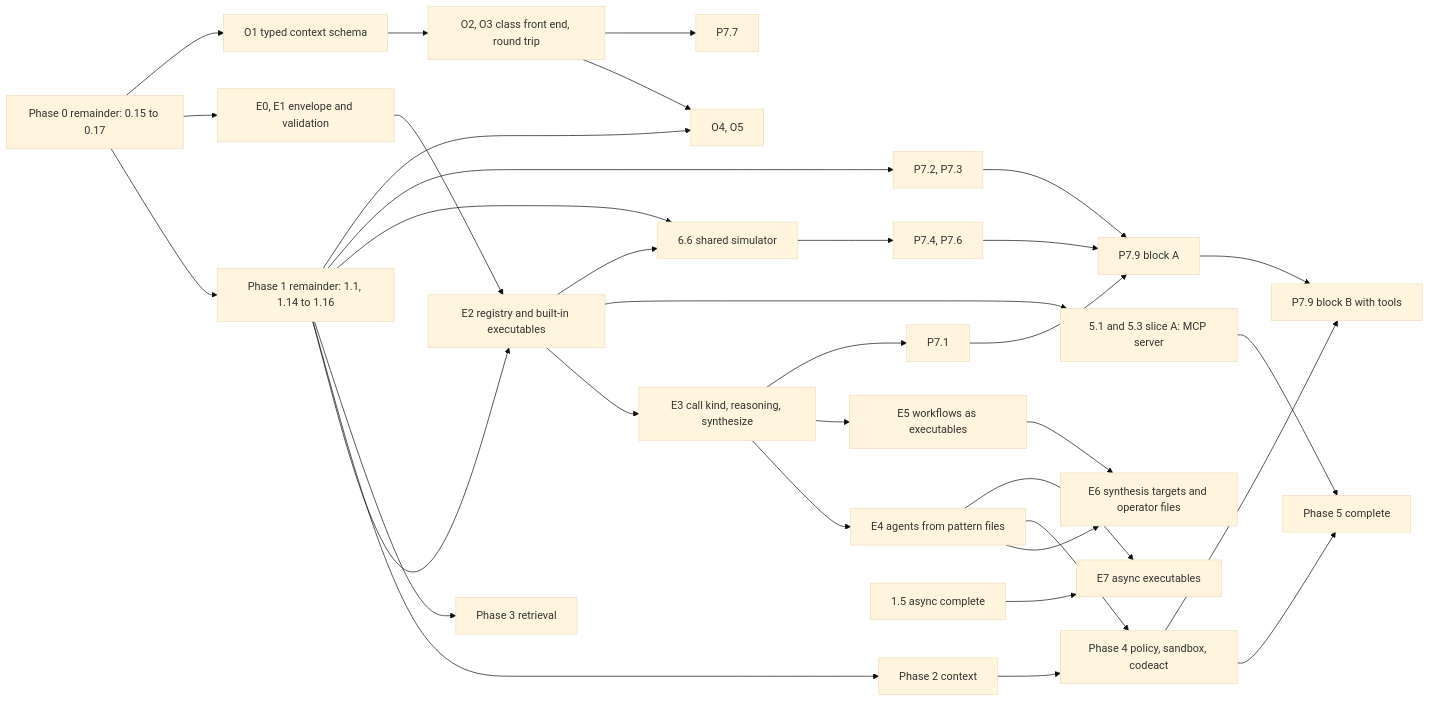
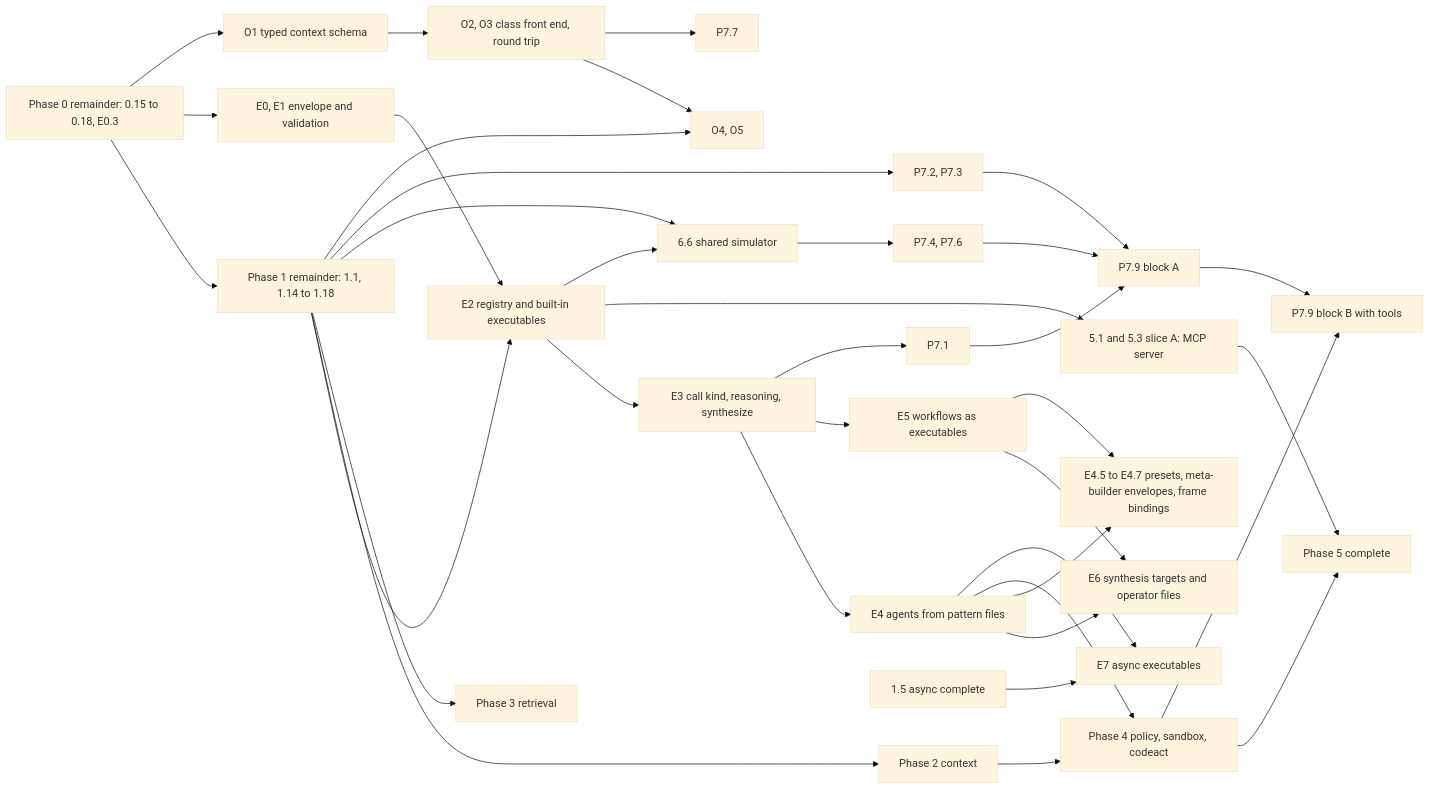
Before and after one commit to NikolasMarkou/fsm_llm: the diagram in docs/2026_roadmap.md, drawn with Mermaid (base theme). The commit also changed other lines of this file, not shown here.

Commit message:
docs: the 2026 roadmap is updated by the owner and stays the north star

````diff
--- a/docs/2026_roadmap.md
+++ b/docs/2026_roadmap.md
@@ -1052,36 +1109,38 @@
 ```mermaid
 flowchart LR
-  P0[Phase 0 remainder: 0.15 to 0.17] --> P1[Phase 1 remainder: 1.1, 1.14 to 1.16]
+  P0[Phase 0 remainder: 0.15 to 0.18, E0.3] --> P1[Phase 1 remainder: 1.1, 1.14 to 1.18]
   P0 --> E1[E0, E1 envelope and validation]
   P1 --> E2[E2 registry and built-in executables]
   E1 --> E2
   E2 --> E3[E3 call kind, reasoning, synthesize]
   E2 --> SA[5.1 and 5.3 slice A: MCP server]
   E3 --> E4[E4 agents from pattern files]
   E3 --> E5[E5 workflows as executables]
   E4 --> E6[E6 synthesis targets and operator files]
   E5 --> E6
+  E4 --> E47[E4.5 to E4.7 presets, meta-builder envelopes, frame bindings]
+  E5 --> E47
   P1 --> P2[Phase 2 context]
   P1 --> P3[Phase 3 retrieval]
   P2 --> P4[Phase 4 policy, sandbox, codeact]
   E4 --> P4
   P4 --> P5[Phase 5 complete]
   SA --> P5
   E2 --> S6[6.6 shared simulator]
   P1 --> S6
   S6 --> P76[P7.4, P7.6]
   E3 --> P71[P7.1]
   P1 --> P72[P7.2, P7.3]
   P0 --> O1[O1 typed context schema]
   O1 --> O23[O2, O3 class front end, round trip]
   O23 --> O45[O4, O5]
   P1 --> O45
   O23 --> P77[P7.7]
   P71 --> XA[P7.9 block A]
   P72 --> XA
   P76 --> XA
   XA --> XB[P7.9 block B with tools]
   P4 --> XB
   A15[1.5 async complete] --> E7[E7 async executables]
   E4 --> E7
 ```
````
